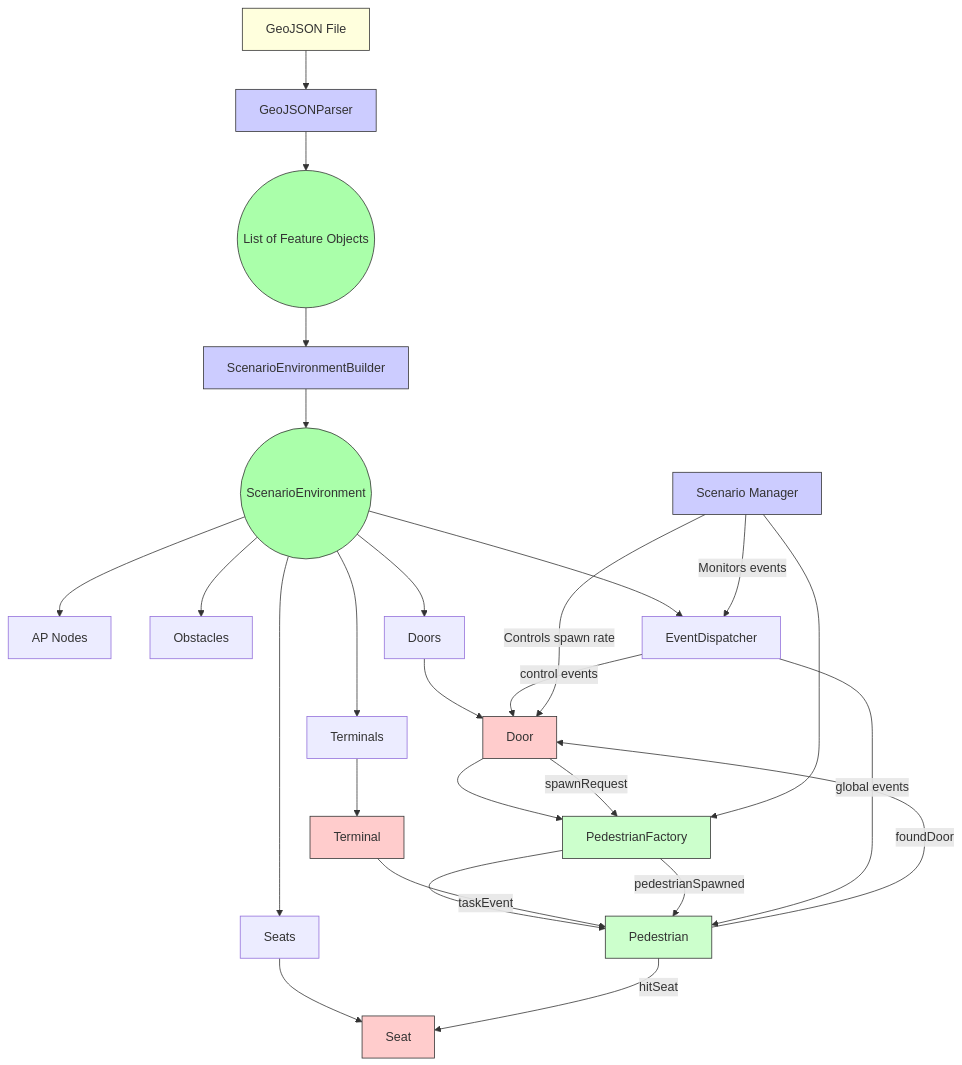
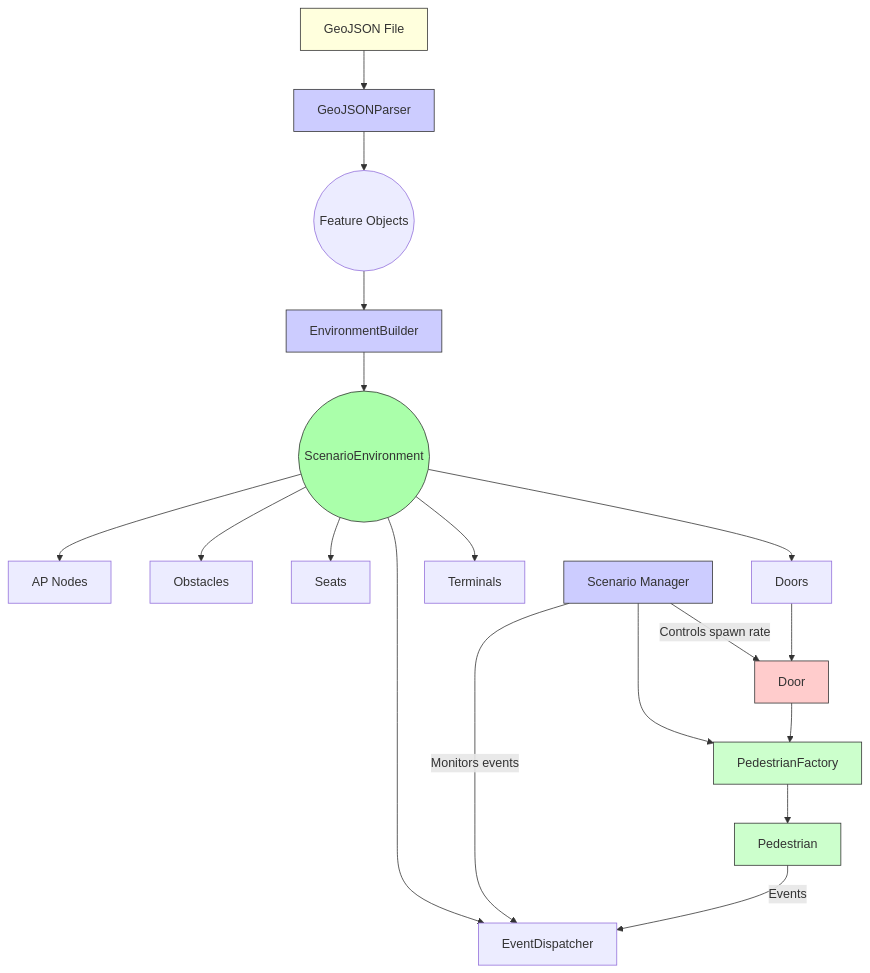
The diagram in README.md (Sibyx/monadcount-sim), drawn with Mermaid before and after one commit. The commit also changed other lines of this file and 1 other file, not shown here.

````diff
--- a/README.md
+++ b/README.md
@@ -53,51 +10,32 @@
 ```mermaid
 flowchart TD
     A[GeoJSON File] --> B[GeoJSONParser]
-    B --> C((List of Feature Objects))
-
-    C --> D[ScenarioEnvironmentBuilder]
+    B --> C((Feature Objects))
+    C --> D[EnvironmentBuilder]
     D --> E((ScenarioEnvironment))
 
-%% Environment internal collections
     E --> E1[AP Nodes]
     E --> E2[Obstacles]
     E --> E3[Seats]
     E --> E4[Doors]
     E --> E5[Terminals]
     E --> E6[EventDispatcher]
 
-%% Dynamic Actors
-    E4 --> F[Door]
-    E3 --> G[Seat]
-    E5 --> H[Terminal]
-    F --> I[PedestrianFactory]
-    I --> J[Pedestrian]
-
-%% Event flow
-    J -- "hitSeat" --> G
-    J -- "foundDoor" --> F
-    H -- "taskEvent" --> J
-    F -- "spawnRequest" --> I
-    I -- "pedestrianSpawned" --> J
-    E6 -- "control events" --> F
-    E6 -- "global events" --> J
-
-%% Scenario Manager
-    K[Scenario Manager]
-    K --> I
+    K[Scenario Manager] --> I
     K -->|Monitors events| E6
     K -->|Controls spawn rate| F
 
-    style A fill:#ffd,stroke:#333,stroke-width:1px
-    style B fill:#ccf,stroke:#333,stroke-width:1px
-    style C fill:#afa,stroke:#333,stroke-width:1px
-    style D fill:#ccf,stroke:#333,stroke-width:1px
-    style E fill:#afa,stroke:#333,stroke-width:1px
-    style F fill:#fcc,stroke:#333,stroke-width:1px
-    style G fill:#fcc,stroke:#333,stroke-width:1px
-    style H fill:#fcc,stroke:#333,stroke-width:1px
-    style I fill:#cfc,stroke:#333,stroke-width:1px
-    style J fill:#cfc,stroke:#333,stroke-width:1px
-    style K fill:#ccf,stroke:#333,stroke-width:1px
-
+    E4 --> F[Door]
+    F --> I[PedestrianFactory]
+    I --> J[Pedestrian]
+    J -- "Events" --> E6
+    
+    style A fill:#ffd,stroke:#333
+    style B fill:#ccf,stroke:#333
+    style D fill:#ccf,stroke:#333
+    style E fill:#afa,stroke:#333
+    style F fill:#fcc,stroke:#333
+    style I fill:#cfc,stroke:#333
+    style J fill:#cfc,stroke:#333
+    style K fill:#ccf,stroke:#333
 ```
````
